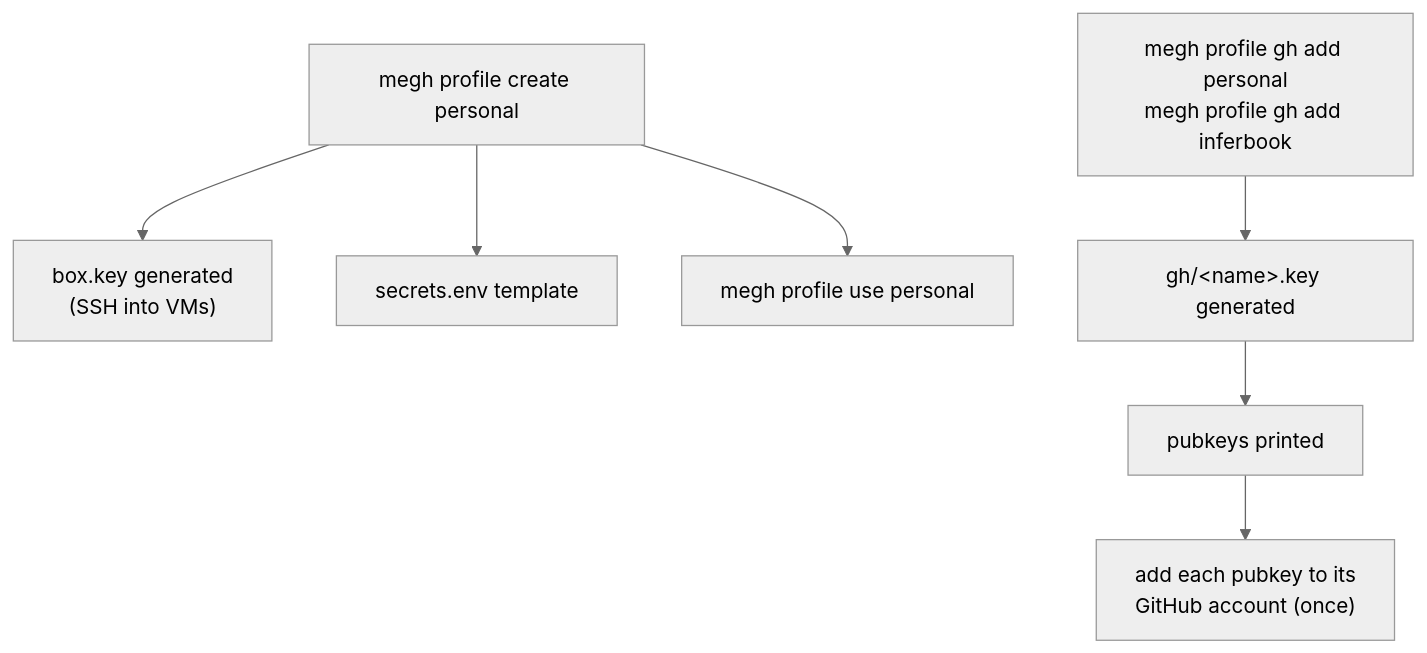
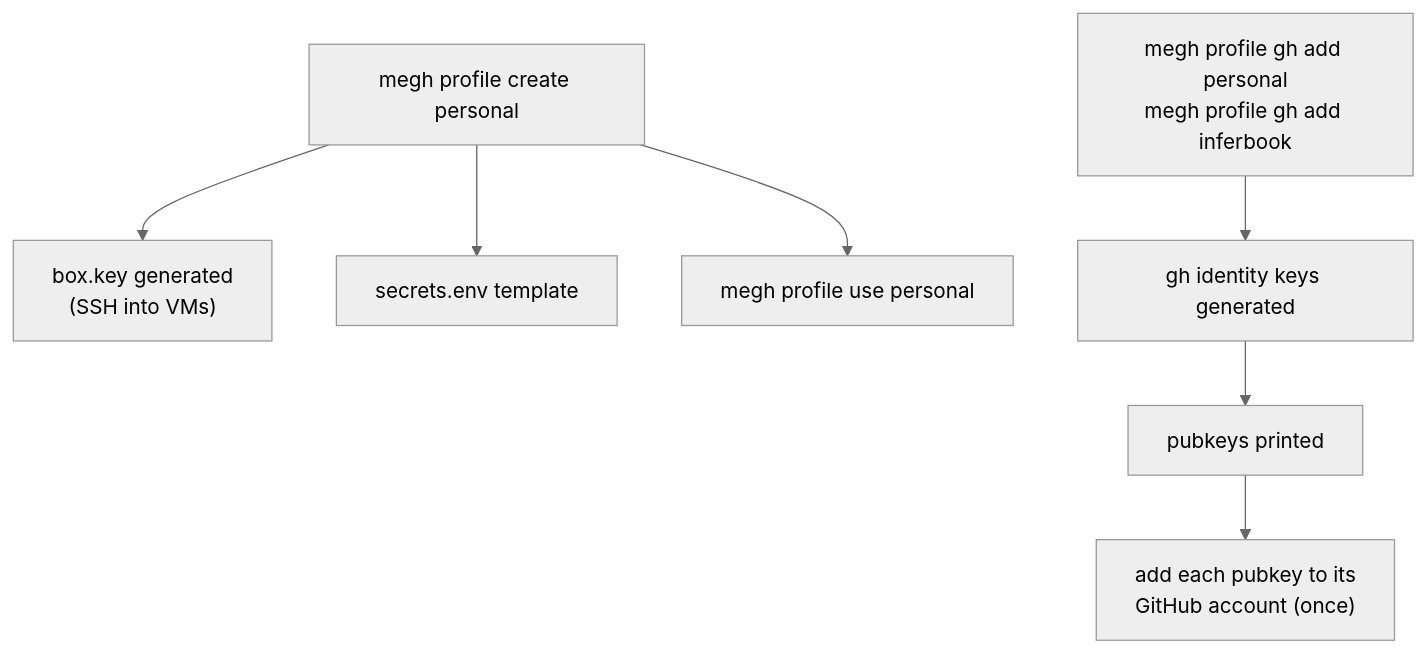
Before and after one commit to panyam/megh: the second of 5 diagrams in docs/LIFECYCLE.md, drawn with Mermaid (neutral theme). The commit also changed other lines of this file, not shown here.

Commit message:
Fix mermaid syntax in LIFECYCLE.md (entities, braces, classDef ordering, br)

````diff
--- a/docs/LIFECYCLE.md
+++ b/docs/LIFECYCLE.md
@@ -25,9 +25,9 @@
 ```mermaid
 flowchart TD
-  create["megh profile create personal"] --> boxkey["box.key generated<br/>(SSH into VMs)"]
+  create["megh profile create personal"] --> boxkey["box.key generated<br>(SSH into VMs)"]
   create --> secrets["secrets.env template"]
-  ghadd["megh profile gh add personal<br/>megh profile gh add inferbook"] --> ghkeys["gh/&lt;name&gt;.key generated"]
+  ghadd["megh profile gh add personal<br>megh profile gh add inferbook"] --> ghkeys["gh identity keys generated"]
   ghkeys --> pub["pubkeys printed"]
-  pub --> github["add each pubkey to its<br/>GitHub account (once)"]
+  pub --> github["add each pubkey to its<br>GitHub account (once)"]
   create --> use["megh profile use personal"]
 ```
````
